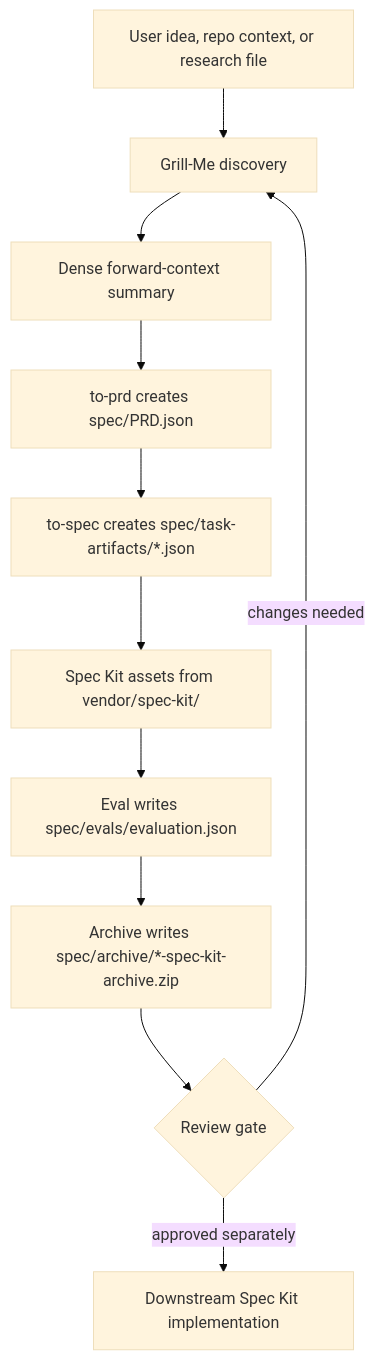
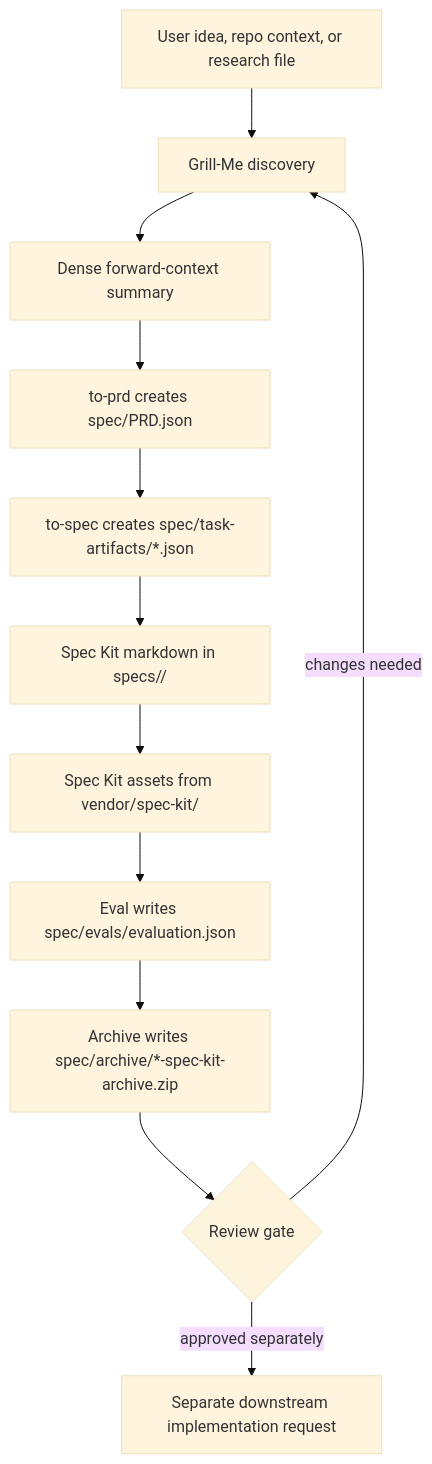
The diagram in README.md (mutexdev/grill-to-spec), drawn with Mermaid (base theme) before and after one commit. The commit also changed other lines of this file and 42 other files, not shown here.

````diff
--- a/README.md
+++ b/README.md
@@ -22,13 +23,14 @@
 ```mermaid
 flowchart TD
     A["User idea, repo context, or research file"] --> B["Grill-Me discovery"]
     B --> C["Dense forward-context summary"]
     C --> D["to-prd creates spec/PRD.json"]
     D --> E["to-spec creates spec/task-artifacts/*.json"]
-    E --> F["Spec Kit assets from vendor/spec-kit/"]
-    F --> G["Eval writes spec/evals/evaluation.json"]
-    G --> H["Archive writes spec/archive/*-spec-kit-archive.zip"]
-    H --> I{"Review gate"}
-    I -->|"changes needed"| B
-    I -->|"approved separately"| J["Downstream Spec Kit implementation"]
+    E --> F["Spec Kit markdown in specs/<slug>/"]
+    F --> G["Spec Kit assets from vendor/spec-kit/"]
+    G --> H["Eval writes spec/evals/evaluation.json"]
+    H --> I["Archive writes spec/archive/*-spec-kit-archive.zip"]
+    I --> J{"Review gate"}
+    J -->|"changes needed"| B
+    J -->|"approved separately"| K["Separate downstream implementation request"]
 ```
````
